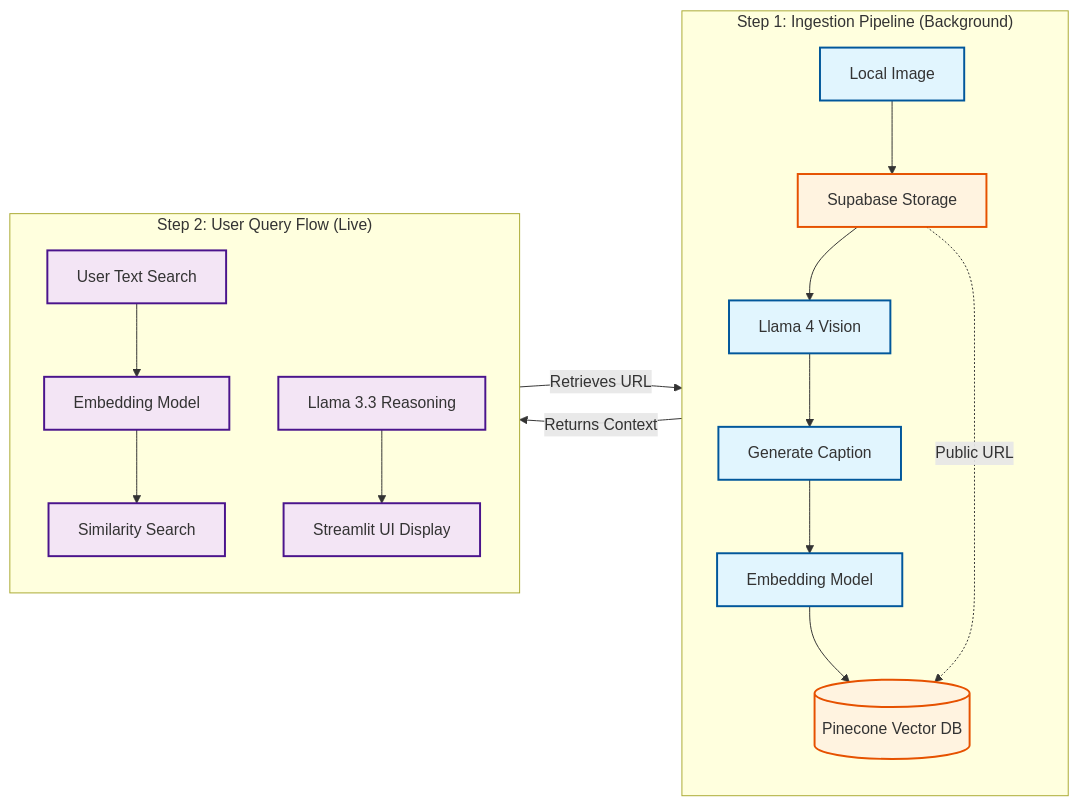
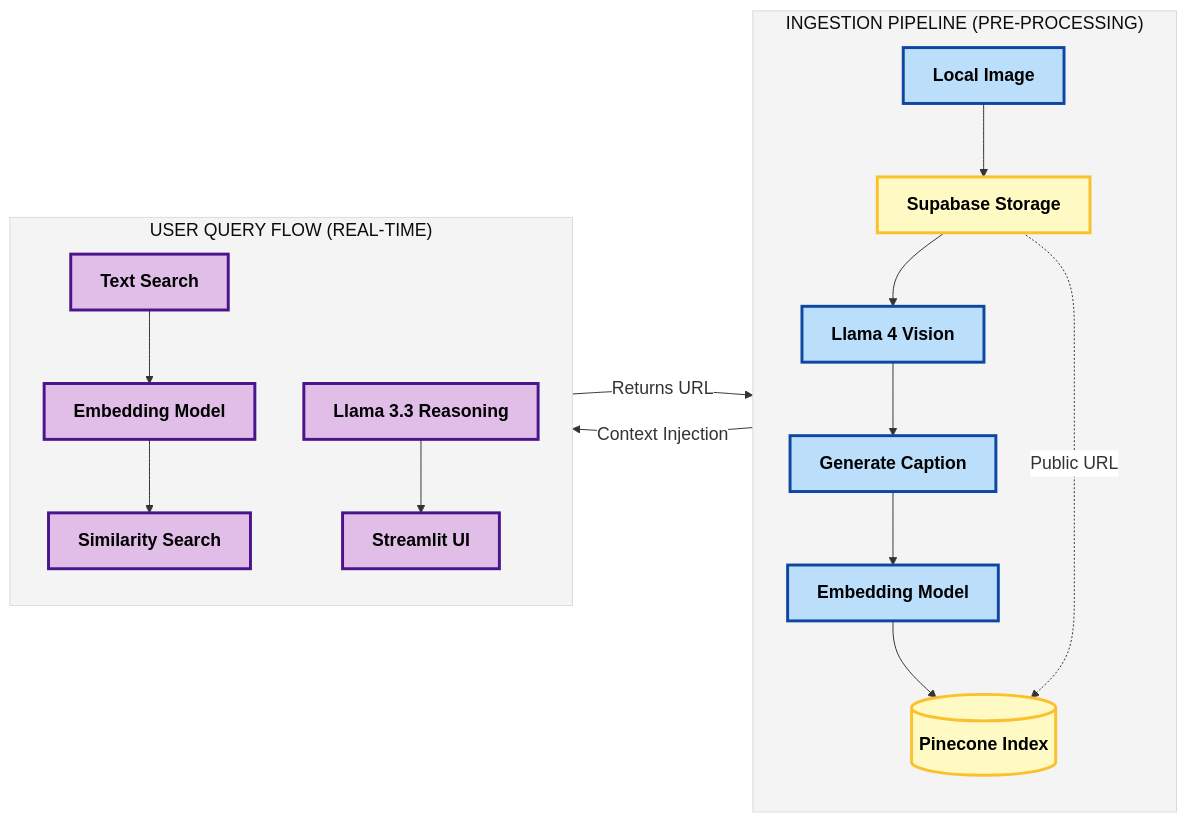
The diagram in README.md (bkqz/digital-asset-manager), drawn with Mermaid before and after one commit.

Commit message:
update architecture diagram

````diff
--- a/README.md
+++ b/README.md
@@ -23,33 +23,45 @@
 ```mermaid
+%%{init: { 
+  'theme': 'base',
+  'themeVariables': {
+    'fontSize': '18px',
+    'fontFamily': 'arial',
+    'primaryColor': '#ffffff',
+    'primaryBorderColor': '#000000',
+    'lineColor': '#333333',
+    'tertiaryColor': '#f4f4f4'
+  }
+}}%%
+
 flowchart LR
-    %% Define Node Styles
-    classDef ingestion fill:#e1f5fe,stroke:#01579b,stroke-width:2px;
-    classDef storage fill:#fff3e0,stroke:#e65100,stroke-width:2px;
-    classDef query fill:#f3e5f5,stroke:#4a148c,stroke-width:2px;
+    %% High-Contrast Class Definitions
+    classDef ingestion fill:#BBDEFB,stroke:#0D47A1,stroke-width:3px,color:#000000,font-weight:bold;
+    classDef storage fill:#FFF9C4,stroke:#FBC02D,stroke-width:3px,color:#000000,font-weight:bold;
+    classDef query fill:#E1BEE7,stroke:#4A148C,stroke-width:3px,color:#000000,font-weight:bold;
 
-    subgraph INGESTION ["Step 1: Ingestion Pipeline (Background)"]
+    subgraph INGESTION ["INGESTION PIPELINE (PRE-PROCESSING)"]
         direction TB
         A[Local Image] --> B[Supabase Storage]
         B --> C[Llama 4 Vision]
         C --> D[Generate Caption]
         D --> E[Embedding Model]
-        E --> F[(Pinecone Vector DB)]
+        E --> F[(Pinecone Index)]
     end
 
-    subgraph QUERY ["Step 2: User Query Flow (Live)"]
+    subgraph QUERY ["USER QUERY FLOW (REAL-TIME)"]
         direction TB
-        G[User Text Search] --> H[Embedding Model]
+        G[Text Search] --> H[Embedding Model]
         H --> I[Similarity Search]
-        I -- Retrieves URL --> F
-        F -- Returns Context --> J[Llama 3.3 Reasoning]
-        J --> K[Streamlit UI Display]
+        I -- Returns URL --> F
+        F -- Context Injection --> J[Llama 3.3 Reasoning]
+        J --> K[Streamlit UI]
     end
 
     %% Interaction Link
     B -. Public URL .-> F
     
-    %% Applying Classes
-    class A,B,C,D,E ingestion;
+    %% Applying Accessible Classes
+    class A,C,D,E ingestion;
     class F,B storage;
     class G,H,I,J,K query;
 ```
````
